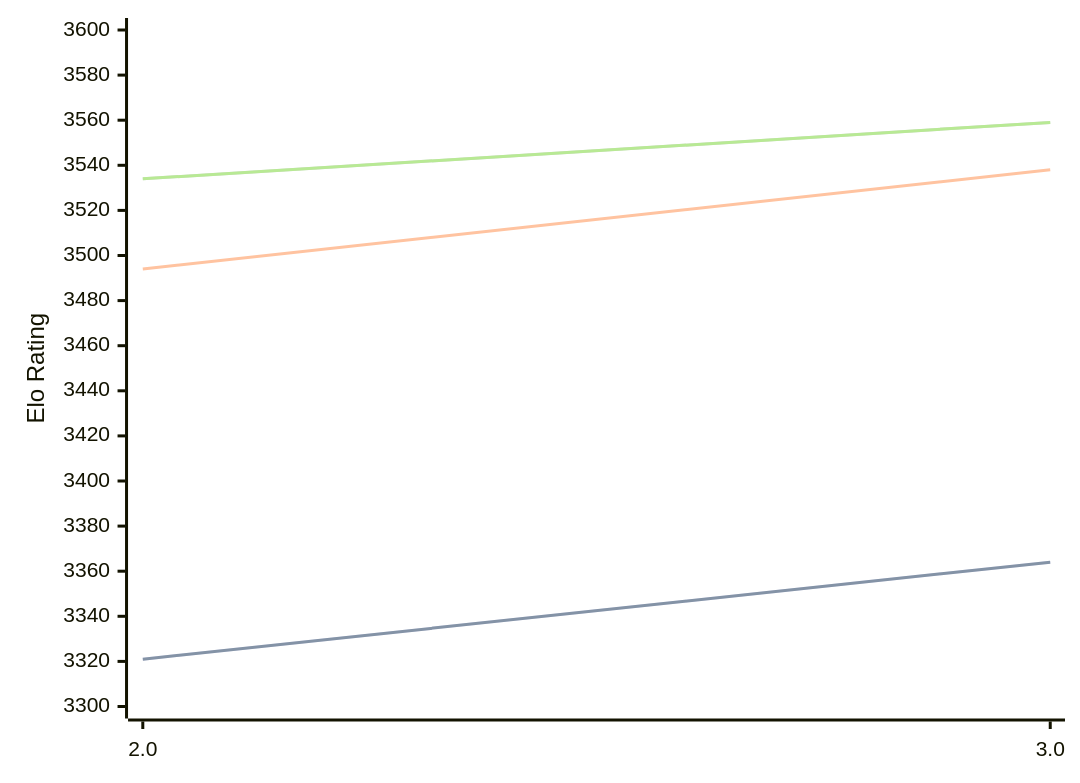
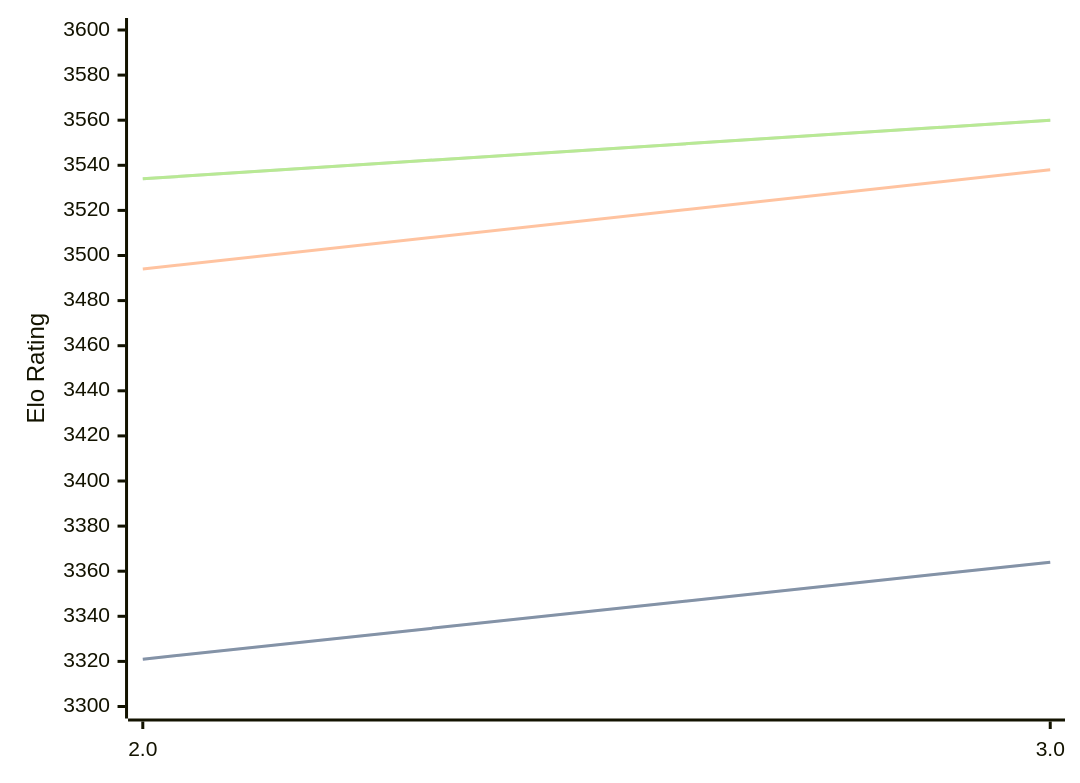
Before and after one commit to computer-chess-index/cci: the diagram in engines/Quanticade.md, drawn with Mermaid. The commit also changed other lines of this file, not shown here.

Commit message:
Update CCI Ratings (ELO VLTC) - 2026-03-27

````diff
--- a/engines/Quanticade.md
+++ b/engines/Quanticade.md
@@ -41,11 +41,11 @@
 ```mermaid
 %%{init: {"theme":"base","themeVariables":{"seriesColors:['#a3a3a3','#222221','#faa371']}}}%%
 xychart-beta
   x-axis ["2.0", "3.0"]
   y-axis "Elo Rating" 3300 --> 3600
   line "STC (8.0+0.08s)" [3321, 3364]
   line "STC (8.0+0.08s)" [3321, 3364]
   line "LTC (60.0+0.60s)" [3494, 3538]
-  line "VLTC (2m24s+1.12s)" [3534, 3559]
-  line "VLTC (2m24s+1.12s)" [3534, 3559]
+  line "VLTC (2m24s+1.12s)" [3534, 3560]
+  line "VLTC (2m24s+1.12s)" [3534, 3560]
 ```
````
